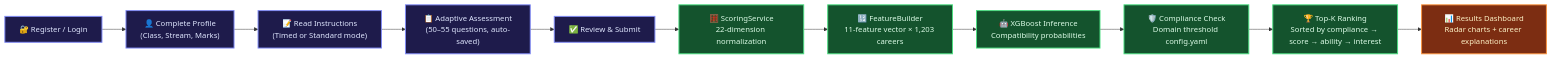
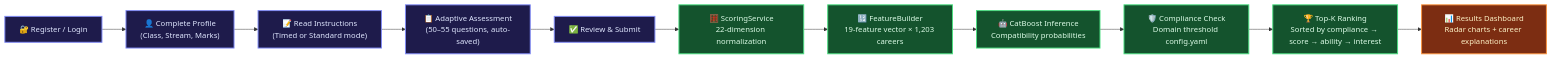
One commit to AMB-007/Personalized-Career-Recommendation-System-Using-Machine-Learning changed the diagram in README.md. Above: the diagram before and after it, drawn with Mermaid. The commit also changed other lines of this file and 2 other files, not shown here.

Commit message:
Update documentation, badges, and 1st report.pdf to CatBoost V9.5 Champion model

````diff
--- a/README.md
+++ b/README.md
@@ -68,20 +69,20 @@
 ```mermaid
 flowchart LR
     classDef step fill:#1E1B4B,stroke:#818CF8,stroke-width:2px,color:#E0E7FF
     classDef ml fill:#14532D,stroke:#4ADE80,stroke-width:2px,color:#DCFCE7
     classDef out fill:#7C2D12,stroke:#FB923C,stroke-width:2px,color:#FEF3C7
 
     A["🔐 Register / Login"]:::step
     B["👤 Complete Profile\n(Class, Stream, Marks)"]:::step
     C["📝 Read Instructions\n(Timed or Standard mode)"]:::step
     D["📋 Adaptive Assessment\n(50–55 questions, auto-saved)"]:::step
     E["✅ Review & Submit"]:::step
     F["🧮 ScoringService\n22-dimension normalization"]:::ml
-    G["🔢 FeatureBuilder\n11-feature vector × 1,203 careers"]:::ml
-    H["🤖 XGBoost Inference\nCompatibility probabilities"]:::ml
+    G["🔢 FeatureBuilder\n19-feature vector × 1,203 careers"]:::ml
+    H["🤖 CatBoost Inference\nCompatibility probabilities"]:::ml
     I["🛡️ Compliance Check\nDomain threshold config.yaml"]:::ml
     J["🏆 Top-K Ranking\nSorted by compliance → score → ability → interest"]:::ml
     K["📊 Results Dashboard\nRadar charts + career explanations"]:::out
 
     A --> B --> C --> D --> E --> F --> G --> H --> I --> J --> K
 ```
````
